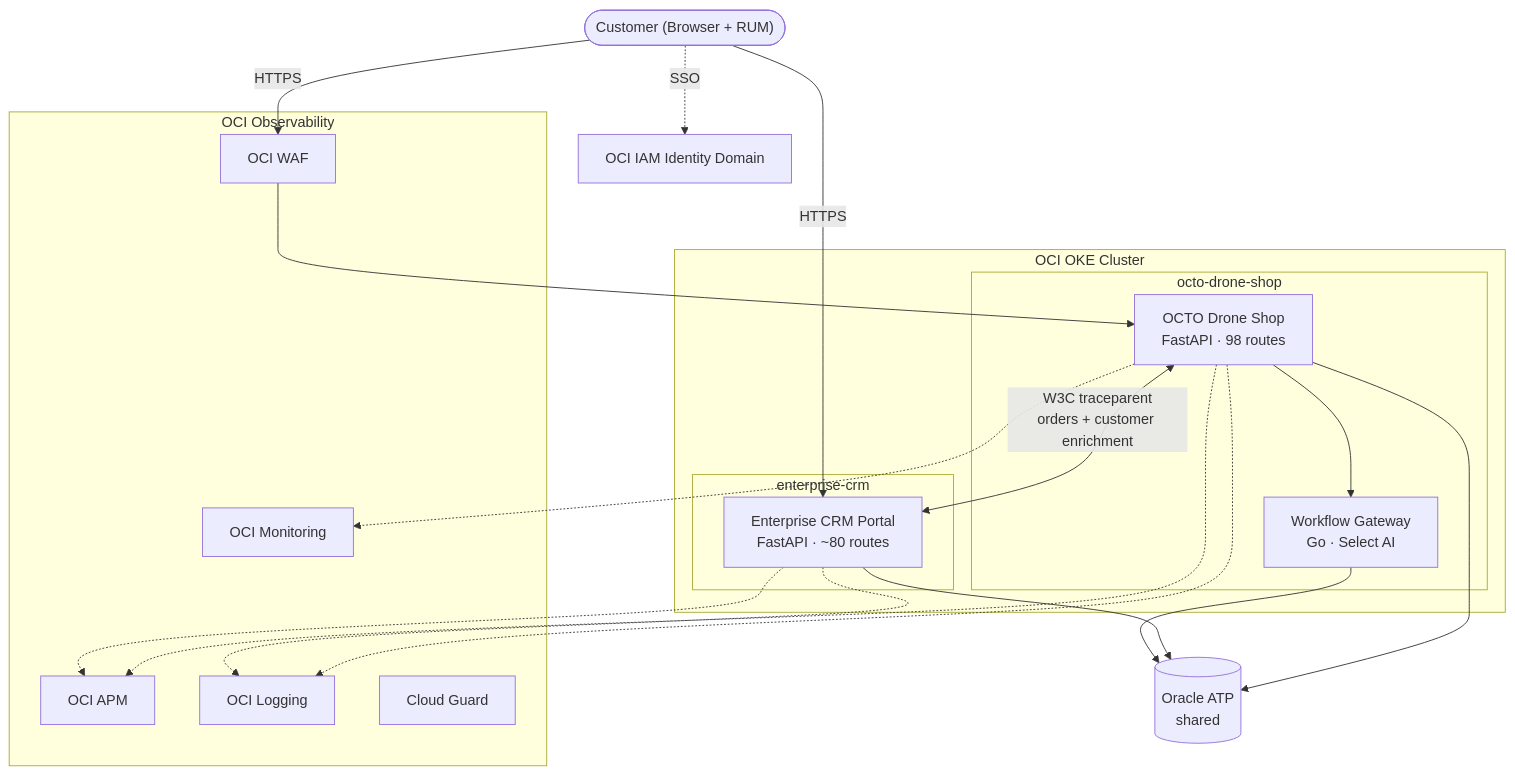
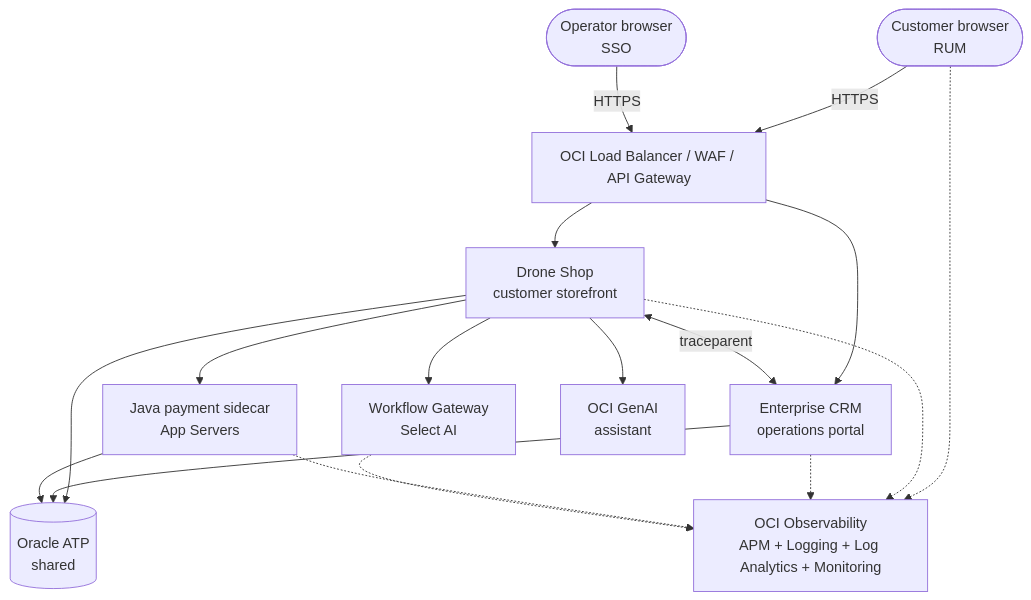
Before and after one commit to adibirzu/octo-apm-demo: the diagram in site/index.md, drawn with Mermaid. The commit also changed other lines of this file and 455 other files, not shown here.

First line of the commit message:
feat: ship milestone v1.0 — observability, payment, deployment parity, admin AI security, docs, workshop screenshots, one-click deploy

````diff
--- a/site/index.md
+++ b/site/index.md
@@ -109,39 +188,28 @@
 ```mermaid
 flowchart TD
-    Customer(["Customer (Browser + RUM)"])
-    IDCS["OCI IAM Identity Domain"]
+    Customer(["Customer browser<br/>RUM"])
+    Operator(["Operator browser<br/>SSO"])
+    Edge["OCI Load Balancer / WAF / API Gateway"]
+    Shop["Drone Shop<br/>customer storefront"]
+    CRM["Enterprise CRM<br/>operations portal"]
+    Java["Java payment sidecar<br/>App Servers"]
+    WGW["Workflow Gateway<br/>Select AI"]
+    ATP[(Oracle ATP<br/>shared)]
+    GenAI["OCI GenAI<br/>assistant"]
+    Obs["OCI Observability<br/>APM + Logging + Log Analytics + Monitoring"]
 
-    subgraph OKE ["OCI OKE Cluster"]
-        subgraph NS1 ["octo-drone-shop"]
-            DroneShop["OCTO Drone Shop<br/>FastAPI · 98 routes"]
-            WGW["Workflow Gateway<br/>Go · Select AI"]
-        end
-        subgraph NS2 ["enterprise-crm"]
-            CRM["Enterprise CRM Portal<br/>FastAPI · ~80 routes"]
-        end
-    end
-
-    subgraph OCI ["OCI Observability"]
-        APM["OCI APM"]
-        Logging["OCI Logging"]
-        Monitoring["OCI Monitoring"]
-        WAF["OCI WAF"]
-        CloudGuard["Cloud Guard"]
-    end
-
-    DB[(Oracle ATP<br/>shared)]
-
-    Customer -->|HTTPS| WAF --> DroneShop
-    Customer -->|HTTPS| CRM
-    Customer -.->|SSO| IDCS
-    DroneShop <-->|"W3C traceparent<br/>orders + customer enrichment"| CRM
-    DroneShop --> WGW
-    DroneShop --> DB
-    CRM --> DB
-    WGW --> DB
-    DroneShop -.-> APM
-    CRM -.-> APM
-    DroneShop -.-> Logging
-    CRM -.-> Logging
-    DroneShop -.-> Monitoring
+    Customer -->|HTTPS| Edge --> Shop
+    Operator -->|HTTPS| Edge --> CRM
+    Shop <-->|traceparent| CRM
+    Shop --> Java
+    Shop --> WGW
+    Shop --> ATP
+    CRM --> ATP
+    Java --> ATP
+    Shop --> GenAI
+    Customer -.-> Obs
+    Shop -.-> Obs
+    CRM -.-> Obs
+    Java -.-> Obs
+    WGW -.-> Obs
 ```
````
